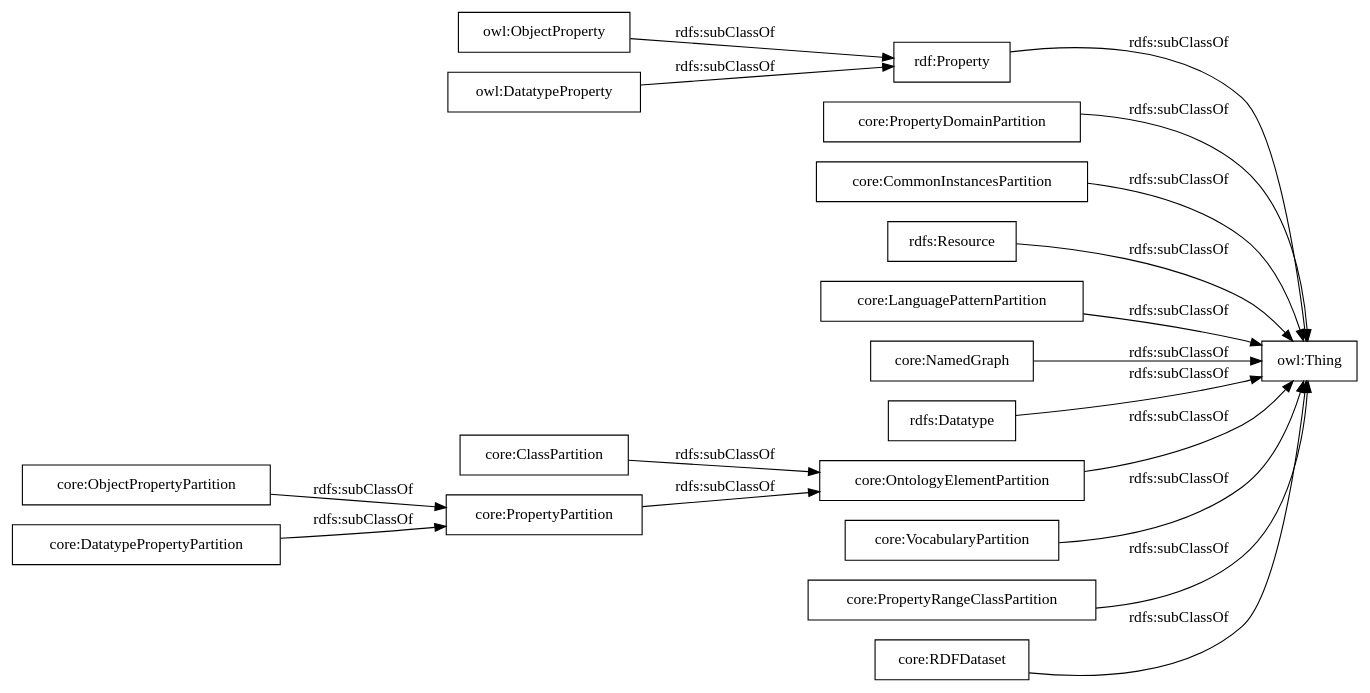
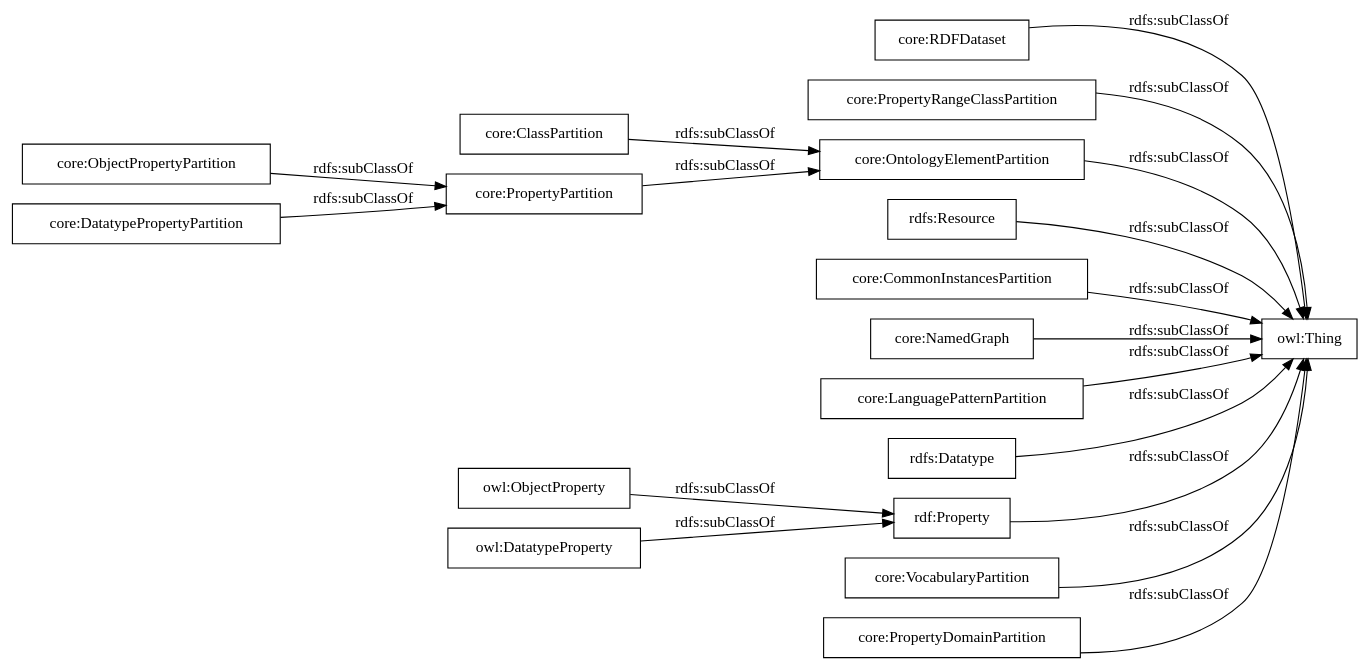
The diagram in OnToology/src/ontology/loupe-ontology.owl/diagrams/ar2dtool-taxonomy/loupe-ontology.owl.png.dot (nandana/loupe-ontology), drawn with Graphviz before and after one commit. The commit also changed 29 other files, not shown here.

```diff
--- a/OnToology/src/ontology/loupe-ontology.owl/diagrams/ar2dtool-taxonomy/loupe-ontology.owl.png.dot
+++ b/OnToology/src/ontology/loupe-ontology.owl/diagrams/ar2dtool-taxonomy/loupe-ontology.owl.png.dot
@@ -1,23 +1,23 @@
 digraph ar2dtool_diagram { 
 rankdir=LR;
 size="1000"
-node [shape = rectangle, color="black"]; "core:ClassPartition" "core:PropertyPartition" "core:ObjectPropertyPartition" "core:PropertyDomainPartition" "core:OntologyElementPartition" "owl:ObjectProperty" "core:CommonInstancesPartition" "rdfs:Resource" "core:LanguagePatternPartition" "core:NamedGraph" "rdfs:Datatype" "rdf:Property" "owl:DatatypeProperty" "core:DatatypePropertyPartition" "core:VocabularyPartition" "core:PropertyRangeClassPartition" "core:RDFDataset" ; /*classes style*/
-	"core:PropertyRangeClassPartition" -> "owl:Thing" [ label = "rdfs:subClassOf" ];
+node [shape = rectangle, color="black"]; "core:RDFDataset" "core:PropertyRangeClassPartition" "core:OntologyElementPartition" "core:ObjectPropertyPartition" "owl:ObjectProperty" "rdfs:Resource" "core:ClassPartition" "core:CommonInstancesPartition" "core:NamedGraph" "core:LanguagePatternPartition" "rdfs:Datatype" "rdf:Property" "owl:DatatypeProperty" "core:PropertyPartition" "core:DatatypePropertyPartition" "core:VocabularyPartition" "core:PropertyDomainPartition" ; /*classes style*/
+	"core:RDFDataset" -> "owl:Thing" [ label = "rdfs:subClassOf" ];
 	"rdfs:Resource" -> "owl:Thing" [ label = "rdfs:subClassOf" ];
 	"core:ObjectPropertyPartition" -> "core:PropertyPartition" [ label = "rdfs:subClassOf" ];
+	"rdf:Property" -> "owl:Thing" [ label = "rdfs:subClassOf" ];
+	"core:DatatypePropertyPartition" -> "core:PropertyPartition" [ label = "rdfs:subClassOf" ];
+	"core:OntologyElementPartition" -> "owl:Thing" [ label = "rdfs:subClassOf" ];
+	"core:PropertyPartition" -> "core:OntologyElementPartition" [ label = "rdfs:subClassOf" ];
+	"core:CommonInstancesPartition" -> "owl:Thing" [ label = "rdfs:subClassOf" ];
+	"owl:DatatypeProperty" -> "rdf:Property" [ label = "rdfs:subClassOf" ];
+	"core:LanguagePatternPartition" -> "owl:Thing" [ label = "rdfs:subClassOf" ];
+	"core:VocabularyPartition" -> "owl:Thing" [ label = "rdfs:subClassOf" ];
+	"core:ClassPartition" -> "core:OntologyElementPartition" [ label = "rdfs:subClassOf" ];
+	"core:NamedGraph" -> "owl:Thing" [ label = "rdfs:subClassOf" ];
+	"core:PropertyRangeClassPartition" -> "owl:Thing" [ label = "rdfs:subClassOf" ];
+	"owl:ObjectProperty" -> "rdf:Property" [ label = "rdfs:subClassOf" ];
 	"core:PropertyDomainPartition" -> "owl:Thing" [ label = "rdfs:subClassOf" ];
-	"rdf:Property" -> "owl:Thing" [ label = "rdfs:subClassOf" ];
-	"owl:DatatypeProperty" -> "rdf:Property" [ label = "rdfs:subClassOf" ];
-	"core:VocabularyPartition" -> "owl:Thing" [ label = "rdfs:subClassOf" ];
-	"core:DatatypePropertyPartition" -> "core:PropertyPartition" [ label = "rdfs:subClassOf" ];
-	"core:CommonInstancesPartition" -> "owl:Thing" [ label = "rdfs:subClassOf" ];
-	"core:OntologyElementPartition" -> "owl:Thing" [ label = "rdfs:subClassOf" ];
-	"core:RDFDataset" -> "owl:Thing" [ label = "rdfs:subClassOf" ];
-	"core:PropertyPartition" -> "core:OntologyElementPartition" [ label = "rdfs:subClassOf" ];
-	"core:LanguagePatternPartition" -> "owl:Thing" [ label = "rdfs:subClassOf" ];
-	"core:NamedGraph" -> "owl:Thing" [ label = "rdfs:subClassOf" ];
-	"core:ClassPartition" -> "core:OntologyElementPartition" [ label = "rdfs:subClassOf" ];
-	"owl:ObjectProperty" -> "rdf:Property" [ label = "rdfs:subClassOf" ];
 	"rdfs:Datatype" -> "owl:Thing" [ label = "rdfs:subClassOf" ];
 
 }
```
